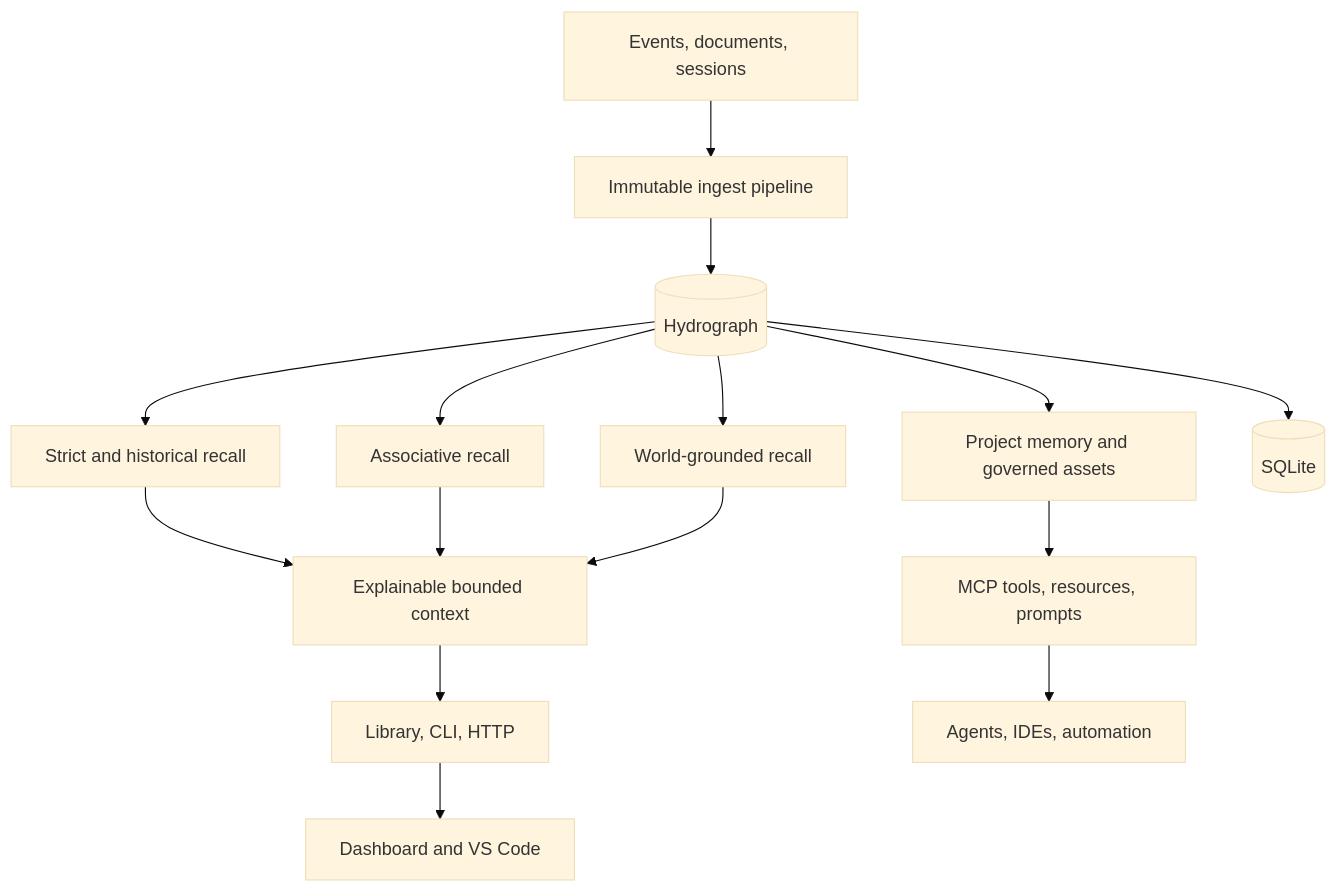
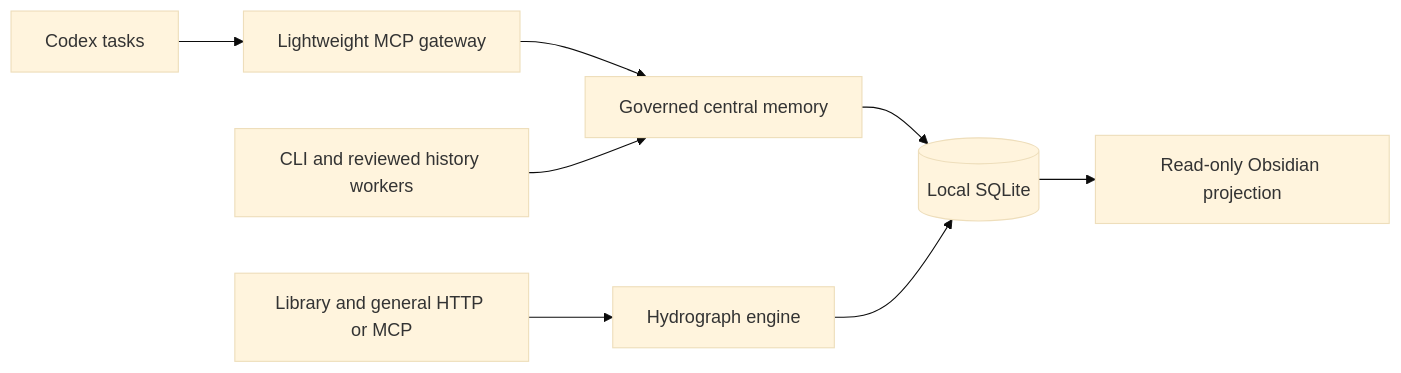
One commit to wakuwku/LongMemory changed the diagram in README.md. Above: the diagram before and after it, drawn with Mermaid (base theme). The commit also changed other lines of this file and 69 other files, not shown here.

Commit message:
fix: publish lightweight memory runtime and clean release layout

````diff
--- a/README.md
+++ b/README.md
@@ -33,17 +37,10 @@
 ```mermaid
-graph TB
-  INPUT[Events, documents, sessions] --> INGEST[Immutable ingest pipeline]
-  INGEST --> GRAPH[(Hydrograph)]
-  GRAPH --> STRICT[Strict and historical recall]
-  GRAPH --> ASSOC[Associative recall]
-  GRAPH --> GROUND[World-grounded recall]
-  GRAPH --> PROJECT[Project memory and governed assets]
-  GRAPH --> SQLITE[(SQLite)]
-  STRICT --> CONTEXT[Explainable bounded context]
-  ASSOC --> CONTEXT
-  GROUND --> CONTEXT
-  PROJECT --> MCP[MCP tools, resources, prompts]
-  CONTEXT --> API[Library, CLI, HTTP]
-  MCP --> AGENTS[Agents, IDEs, automation]
-  API --> UI[Dashboard and VS Code]
+graph LR
+  CODEX[Codex tasks] --> GATEWAY[Lightweight MCP gateway]
+  GATEWAY --> CENTRAL[Governed central memory]
+  CENTRAL --> DB[(Local SQLite)]
+  CLI[CLI and reviewed history workers] --> CENTRAL
+  API[Library and general HTTP or MCP] --> GRAPH[Hydrograph engine]
+  GRAPH --> DB
+  DB --> VIEW[Read-only Obsidian projection]
 ```
````
